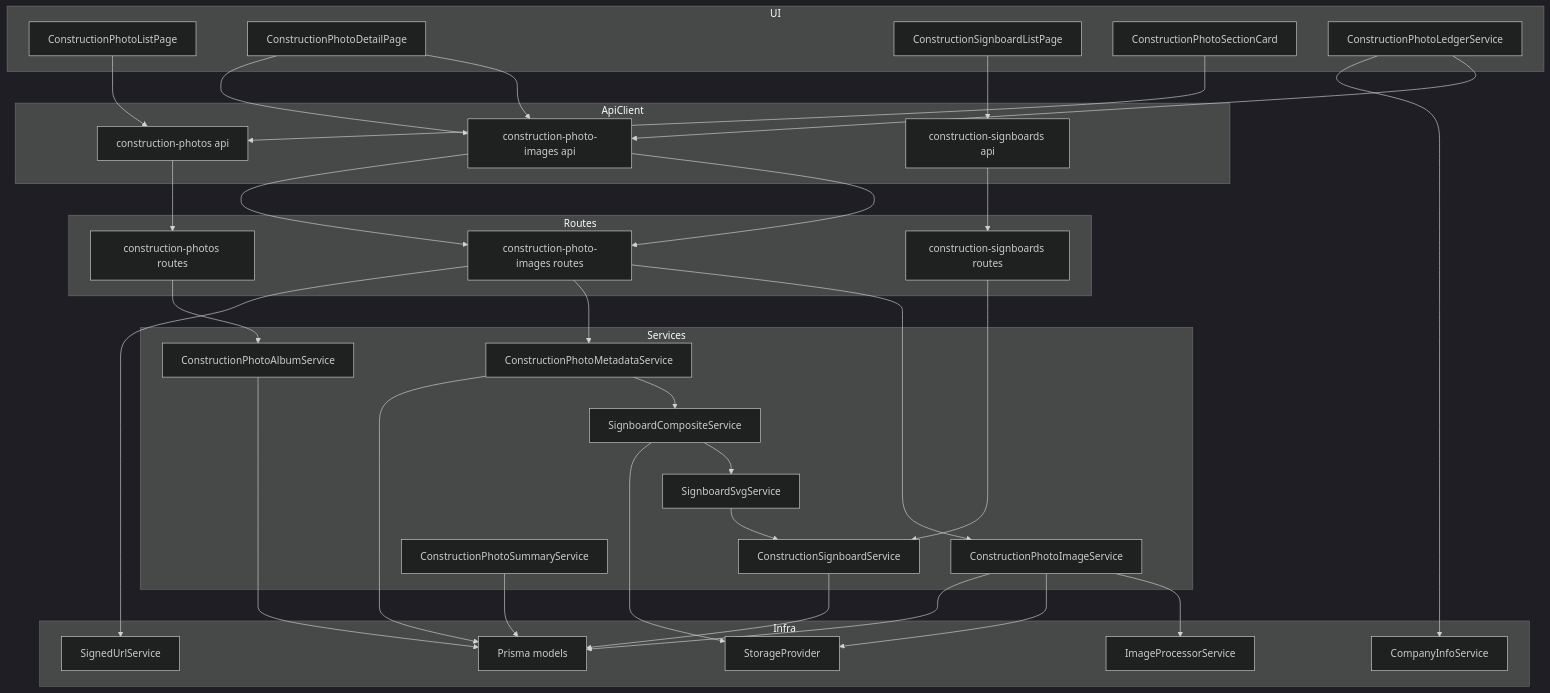
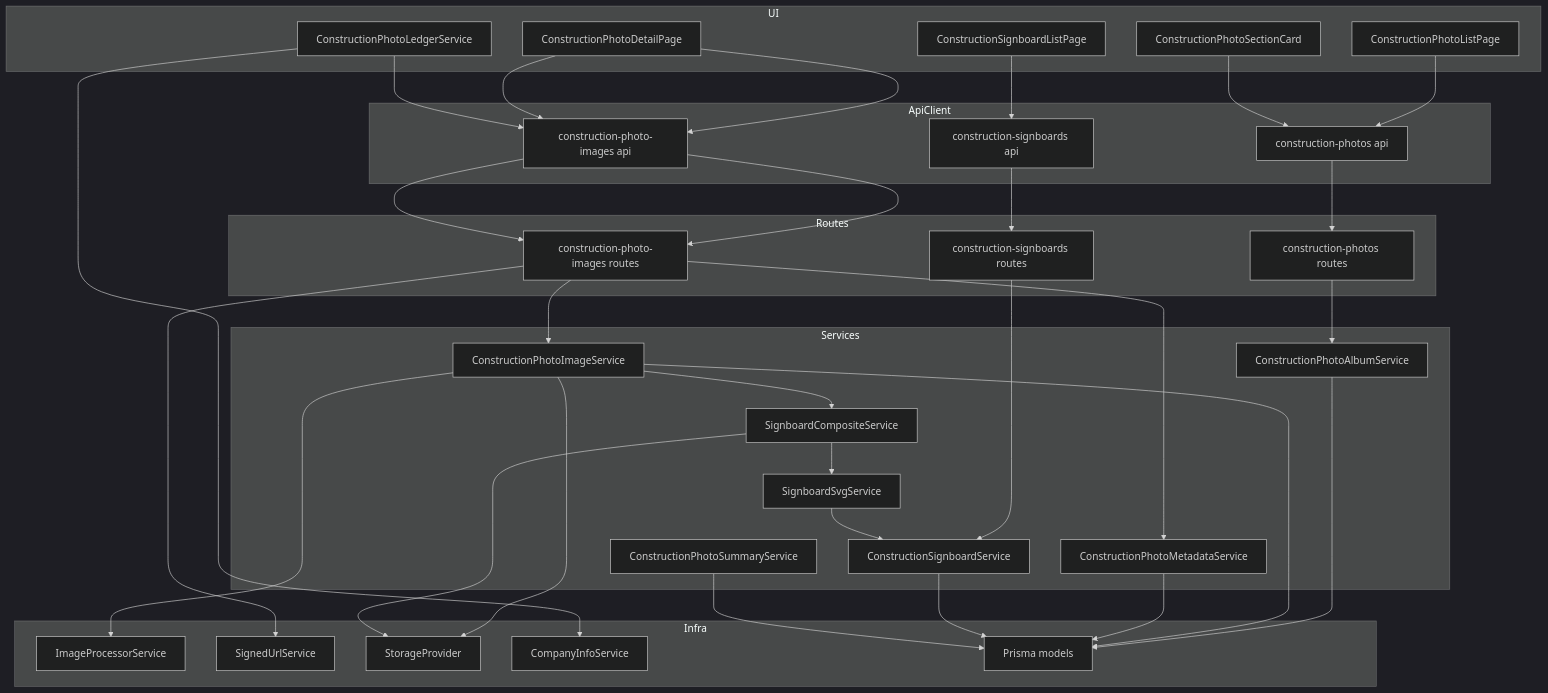
One commit to inakanou/ArchiTrack changed the first of 4 diagrams in .kiro/specs/construction-photo/design.md. Above: the diagram before and after it, drawn with Mermaid (dark theme). The commit also changed other lines of this file and 1 other file, not shown here.

First line of the commit message:
docs(construction-photo): adopt on-demand signboard compositing

````diff
--- a/.kiro/specs/construction-photo/design.md
+++ b/.kiro/specs/construction-photo/design.md
@@ -59,57 +59,57 @@
 ```mermaid
 graph TB
     subgraph UI
         ListPage[ConstructionPhotoListPage]
         DetailPage[ConstructionPhotoDetailPage]
         SignboardPage[ConstructionSignboardListPage]
         SectionCard[ConstructionPhotoSectionCard]
         LedgerPdf[ConstructionPhotoLedgerService]
     end
     subgraph ApiClient
         PhotoApi[construction-photos api]
         ImageApi[construction-photo-images api]
         SignboardApi[construction-signboards api]
     end
     subgraph Routes
         PhotoRoutes[construction-photos routes]
         ImageRoutes[construction-photo-images routes]
         SignboardRoutes[construction-signboards routes]
     end
     subgraph Services
         AlbumSvc[ConstructionPhotoAlbumService]
         PhotoImgSvc[ConstructionPhotoImageService]
         MetaSvc[ConstructionPhotoMetadataService]
         SignboardSvc[ConstructionSignboardService]
         SvgSvc[SignboardSvgService]
         CompositeSvc[SignboardCompositeService]
         SummarySvc[ConstructionPhotoSummaryService]
     end
     subgraph Infra
         Processor[ImageProcessorService]
         Signed[SignedUrlService]
         Storage[StorageProvider]
         Company[CompanyInfoService]
         Prisma[Prisma models]
     end
 
     ListPage --> PhotoApi --> PhotoRoutes --> AlbumSvc
     DetailPage --> ImageApi --> ImageRoutes --> PhotoImgSvc
     DetailPage --> ImageApi --> ImageRoutes --> MetaSvc
     SignboardPage --> SignboardApi --> SignboardRoutes --> SignboardSvc
     SectionCard --> PhotoApi
     LedgerPdf --> ImageApi
 
     PhotoImgSvc --> Processor
     PhotoImgSvc --> Storage
-    MetaSvc --> CompositeSvc
+    PhotoImgSvc --> CompositeSvc
     CompositeSvc --> SvgSvc
     CompositeSvc --> Storage
     SvgSvc --> SignboardSvc
     AlbumSvc --> Prisma
     PhotoImgSvc --> Prisma
     MetaSvc --> Prisma
     SignboardSvc --> Prisma
     SummarySvc --> Prisma
     ImageRoutes --> Signed
     LedgerPdf --> Company
 ```
````
